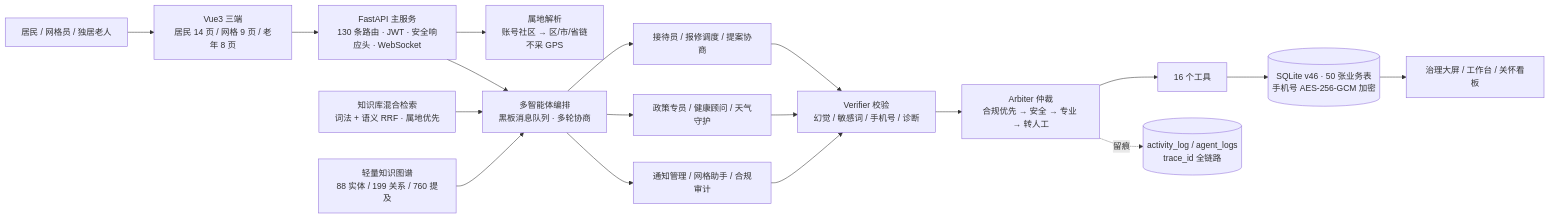
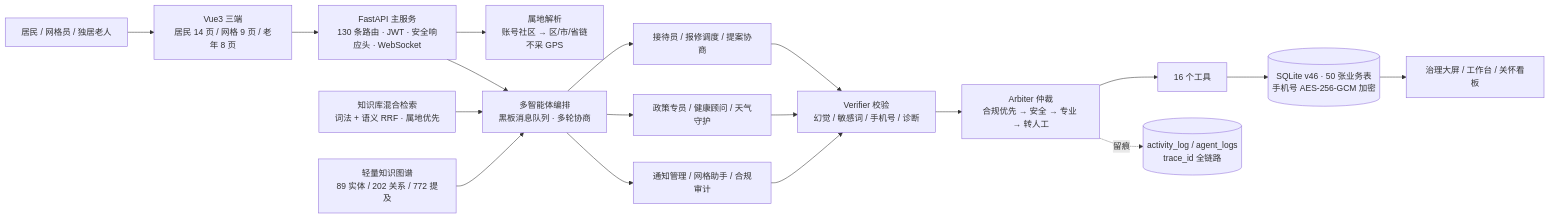
The diagram in docs/competition/创意说明书-提交版.md (woshuofengsu/campus-insight-agent), drawn with Mermaid before and after one commit. The commit also changed 15 other files, not shown here.

````diff
--- a/docs/competition/创意说明书-提交版.md
+++ b/docs/competition/创意说明书-提交版.md
@@ -111,18 +111,18 @@
 ```mermaid
 flowchart LR
     U[居民 / 网格员 / 独居老人] --> UI[Vue3 三端<br/>居民 14 页 / 网格 9 页 / 老年 8 页]
     UI --> API[FastAPI 主服务<br/>130 条路由 · JWT · 安全响应头 · WebSocket]
     API --> R[属地解析<br/>账号社区 → 区/市/省链<br/>不采 GPS]
     API --> O[多智能体编排<br/>黑板消息队列 · 多轮协商]
     O --> A1[接待员 / 报修调度 / 提案协商]
     O --> A2[政策专员 / 健康顾问 / 天气守护]
     O --> A3[通知管理 / 网格助手 / 合规审计]
     A1 & A2 & A3 --> V[Verifier 校验<br/>幻觉 / 敏感词 / 手机号 / 诊断]
     V --> AR[Arbiter 仲裁<br/>合规优先 → 安全 → 专业 → 转人工]
     AR --> T[16 个工具]
     T --> DB[(SQLite v46 · 50 张业务表<br/>手机号 AES-256-GCM 加密)]
     KB[知识库混合检索<br/>词法 + 语义 RRF · 属地优先] --> O
-    KG[轻量知识图谱<br/>88 实体 / 199 关系 / 760 提及] --> O
+    KG[轻量知识图谱<br/>89 实体 / 202 关系 / 772 提及] --> O
     DB --> S[治理大屏 / 工作台 / 关怀看板]
     AR -.留痕.-> LOG[(activity_log / agent_logs<br/>trace_id 全链路)]
 ```
````
